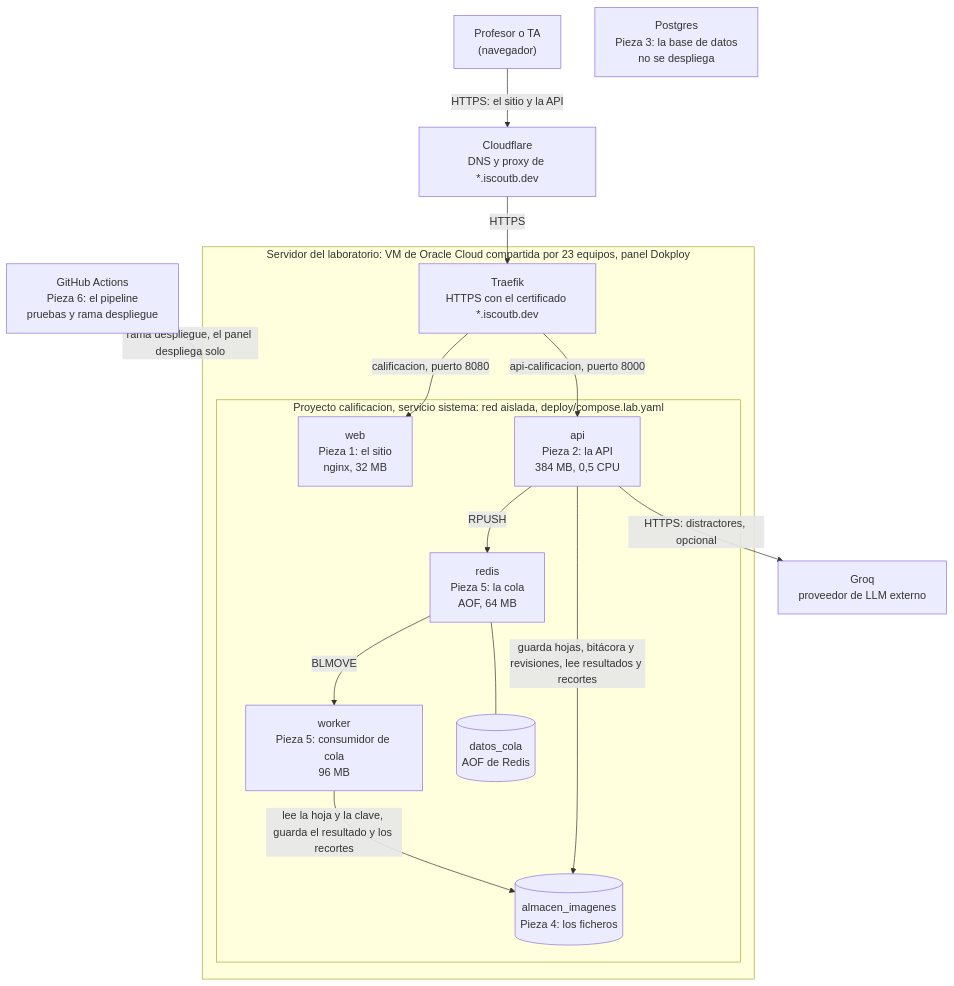
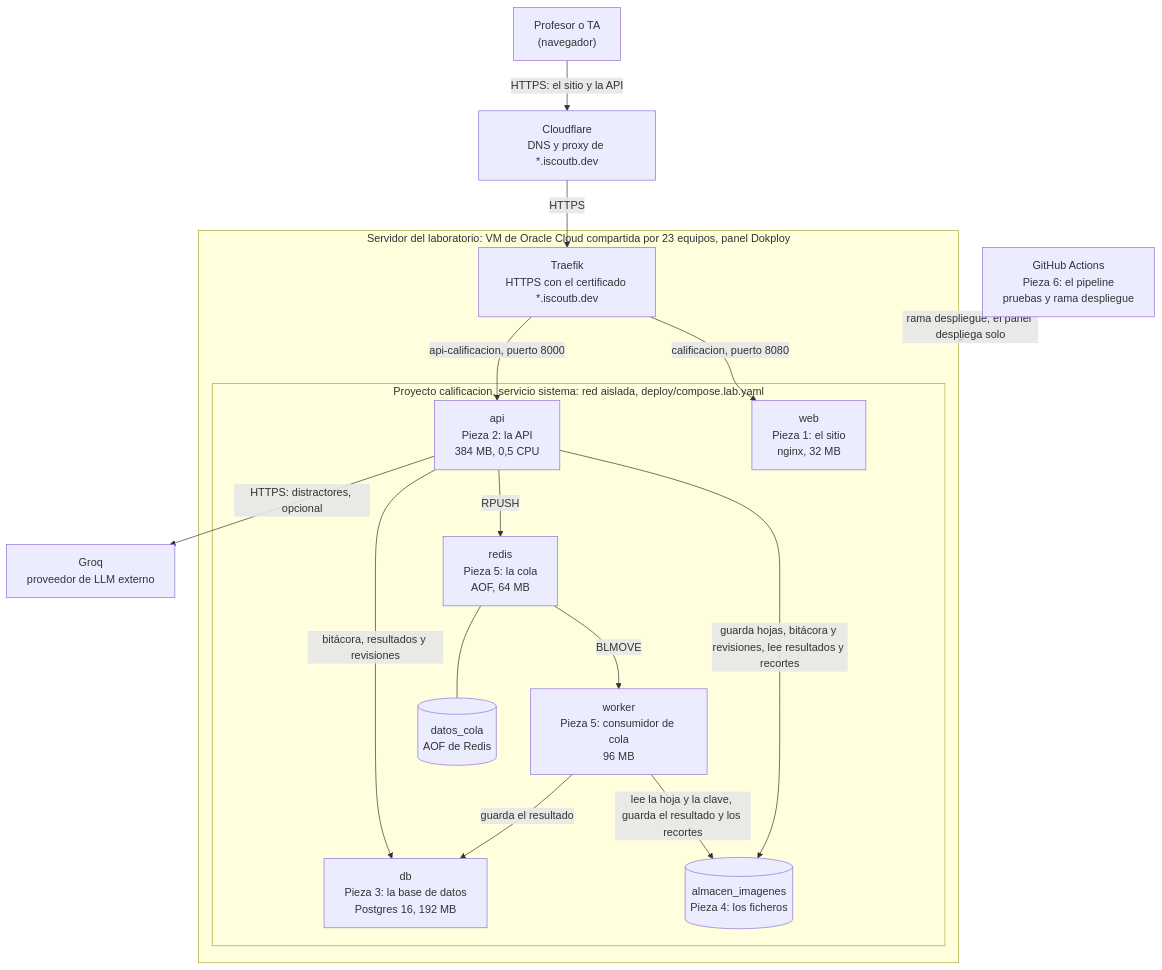
The ninth of 10 diagrams in docs/arc42/arc42-template-ES.md (ISCOUTB/AS_202620_Sistema-de-calificacion-automatica), drawn with Mermaid before and after one commit. The commit also changed other lines of this file and 2 other files, not shown here.

First line of the commit message:
docs(adr): ADR-0027, guardar los registros en Postgres detrás de los mismos puertos

````diff
--- a/docs/arc42/arc42-template-ES.md
+++ b/docs/arc42/arc42-template-ES.md
@@ -996,33 +996,35 @@
 ```mermaid
 flowchart TB
     profesor["Profesor o TA<br/>(navegador)"]
     github["GitHub Actions<br/>Pieza 6: el pipeline<br/>pruebas y rama despliegue"]
     cloudflare["Cloudflare<br/>DNS y proxy de *.iscoutb.dev"]
 
     subgraph servidor["Servidor del laboratorio: VM de Oracle Cloud compartida por 23 equipos, panel Dokploy"]
         traefik["Traefik<br/>HTTPS con el certificado *.iscoutb.dev"]
         subgraph equipo["Proyecto calificacion, servicio sistema: red aislada, deploy/compose.lab.yaml"]
             web["web<br/>Pieza 1: el sitio<br/>nginx, 32 MB"]
             api["api<br/>Pieza 2: la API<br/>384 MB, 0,5 CPU"]
             worker["worker<br/>Pieza 5: consumidor de cola<br/>96 MB"]
             redis["redis<br/>Pieza 5: la cola<br/>AOF, 64 MB"]
             almacen[("almacen_imagenes<br/>Pieza 4: los ficheros")]
             datos[("datos_cola<br/>AOF de Redis")]
+            db["db<br/>Pieza 3: la base de datos<br/>Postgres 16, 192 MB"]
         end
     end
 
-    postgres["Postgres<br/>Pieza 3: la base de datos<br/>no se despliega"]
     groq["Groq<br/>proveedor de LLM externo"]
 
     profesor -->|HTTPS: el sitio y la API| cloudflare
     cloudflare -->|HTTPS| traefik
     traefik -->|calificacion, puerto 8080| web
     traefik -->|api-calificacion, puerto 8000| api
     api -->|guarda hojas, bitácora y revisiones, lee resultados y recortes| almacen
     worker -->|lee la hoja y la clave, guarda el resultado y los recortes| almacen
     api -->|RPUSH| redis
     redis -->|BLMOVE| worker
     redis --- datos
+    api -->|bitácora, resultados y revisiones| db
+    worker -->|guarda el resultado| db
     api -->|HTTPS: distractores, opcional| groq
     github -->|rama despliegue, el panel despliega solo| servidor
 ```
````
